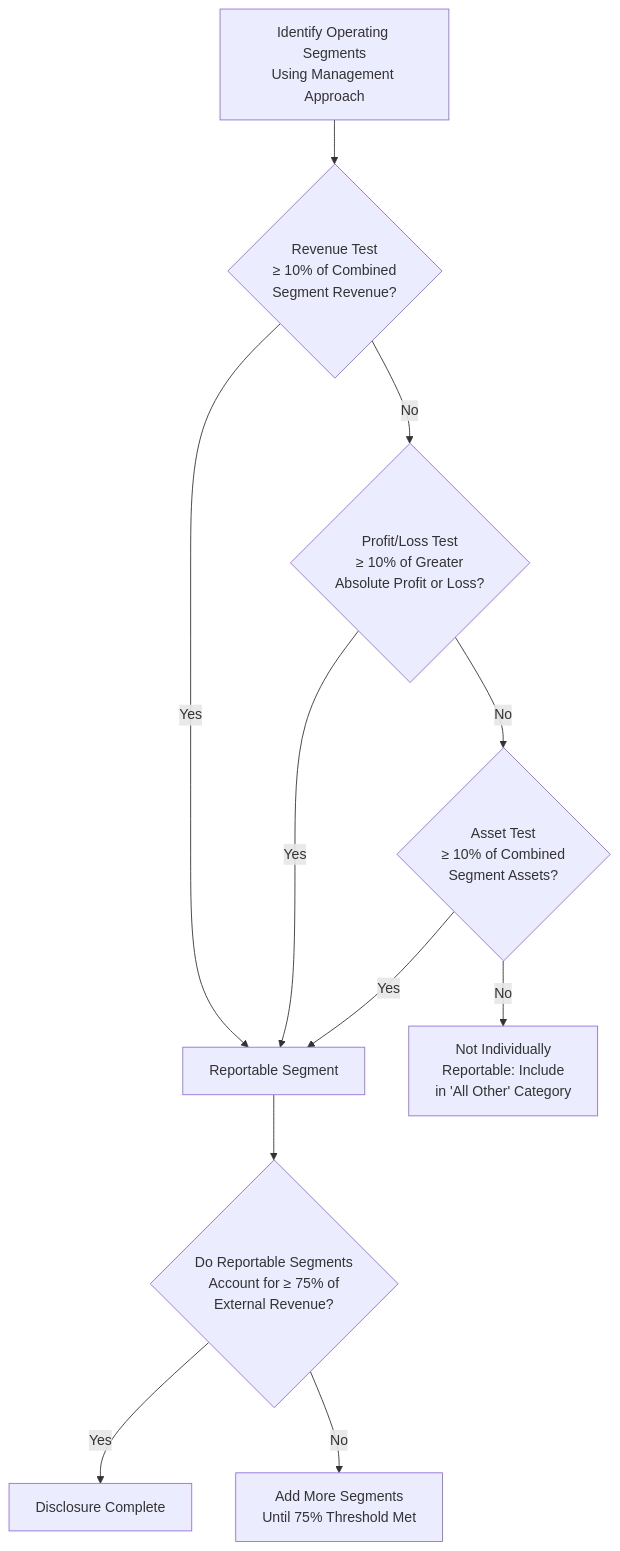
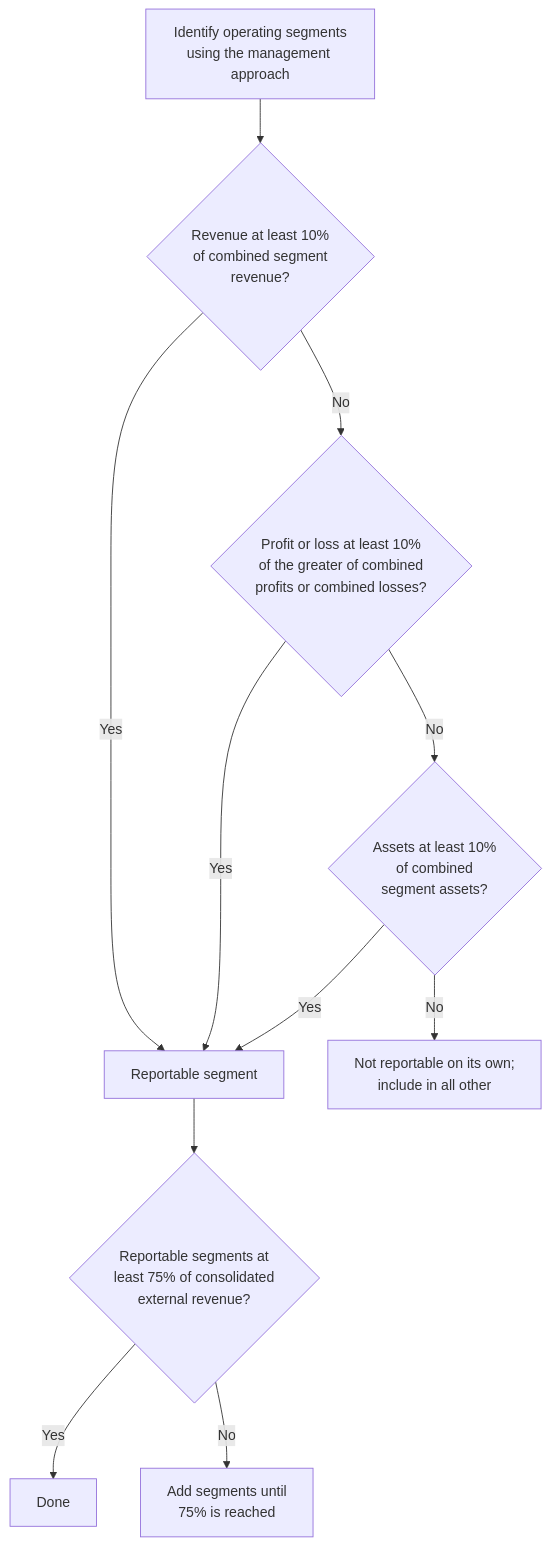
Before and after one commit to subwaymatch/cpabear-book: the diagram in docs/bar/technical-accounting-combinations-and-reporting/public-company-reporting-topics.md, drawn with Mermaid. The commit also changed other lines of this file and 204 other files, not shown here.

First line of the commit message:
Update the book for the 2027 CPA Exam Blueprints, fix dark-mode diagrams, add diagram zoom (#49)

````diff
--- a/docs/bar/technical-accounting-combinations-and-reporting/public-company-reporting-topics.md
+++ b/docs/bar/technical-accounting-combinations-and-reporting/public-company-reporting-topics.md
@@ -165,13 +126,13 @@
 ```mermaid
 flowchart TD
-    A["Identify Operating Segments<br/>Using Management Approach"] --> B{"Revenue Test<br/>≥ 10% of Combined<br/>Segment Revenue?"}
-    B -- Yes --> F[Reportable Segment]
-    B -- No --> C{"Profit/Loss Test<br/>≥ 10% of Greater<br/>Absolute Profit or Loss?"}
+    A["Identify operating segments<br/>using the management approach"] --> B{"Revenue at least 10%<br/>of combined segment<br/>revenue?"}
+    B -- Yes --> F["Reportable segment"]
+    B -- No --> C{"Profit or loss at least 10%<br/>of the greater of combined<br/>profits or combined losses?"}
     C -- Yes --> F
-    C -- No --> D{"Asset Test<br/>≥ 10% of Combined<br/>Segment Assets?"}
+    C -- No --> D{"Assets at least 10%<br/>of combined<br/>segment assets?"}
     D -- Yes --> F
-    D -- No --> E["Not Individually<br/>Reportable: Include<br/>in 'All Other' Category"]
-    F --> G{"Do Reportable Segments<br/>Account for ≥ 75% of<br/>External Revenue?"}
-    G -- Yes --> H[Disclosure Complete]
-    G -- No --> I["Add More Segments<br/>Until 75% Threshold Met"]
+    D -- No --> E["Not reportable on its own;<br/>include in all other"]
+    F --> G{"Reportable segments at<br/>least 75% of consolidated<br/>external revenue?"}
+    G -- Yes --> H["Done"]
+    G -- No --> I["Add segments until<br/>75% is reached"]
 ```
````
